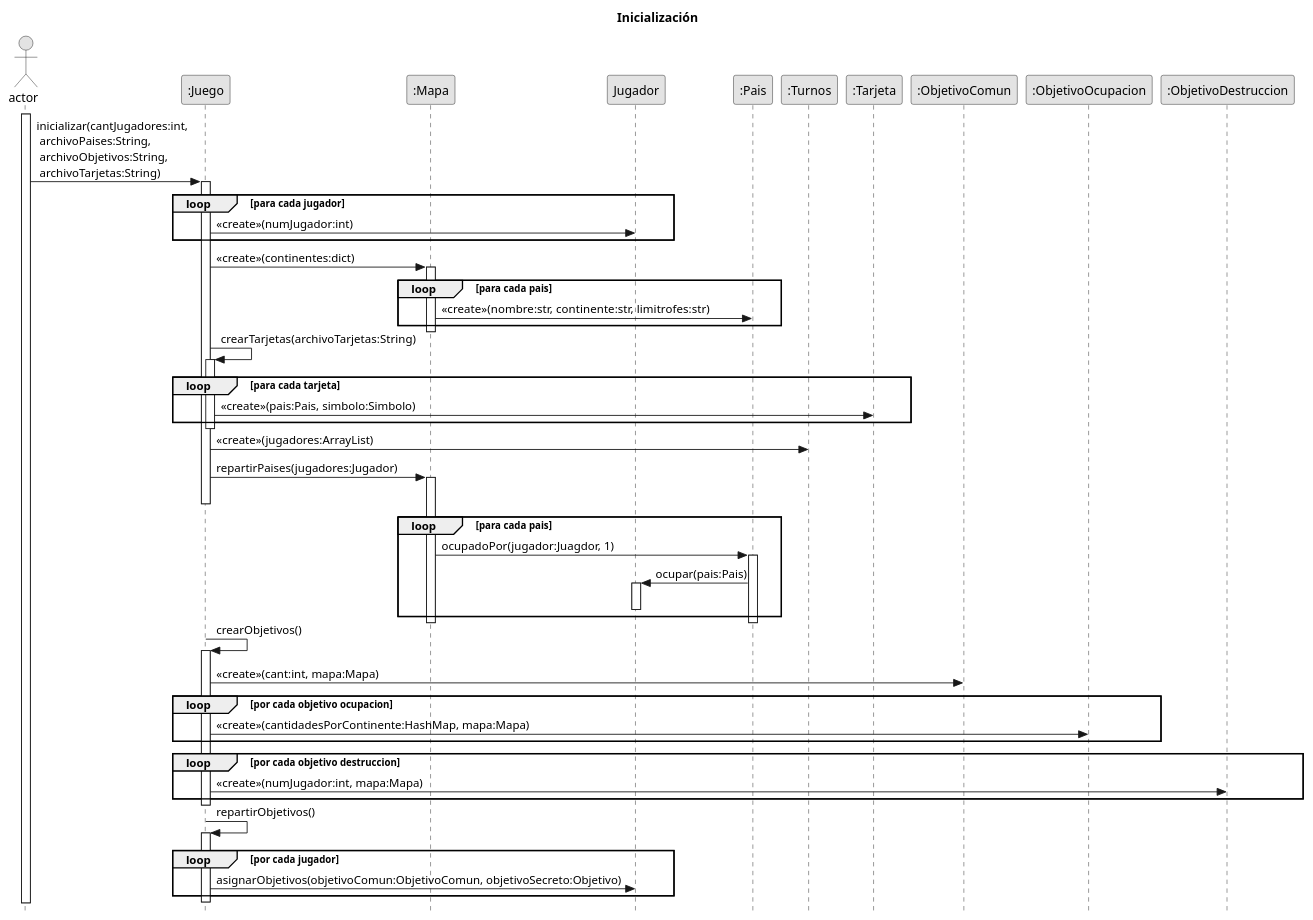
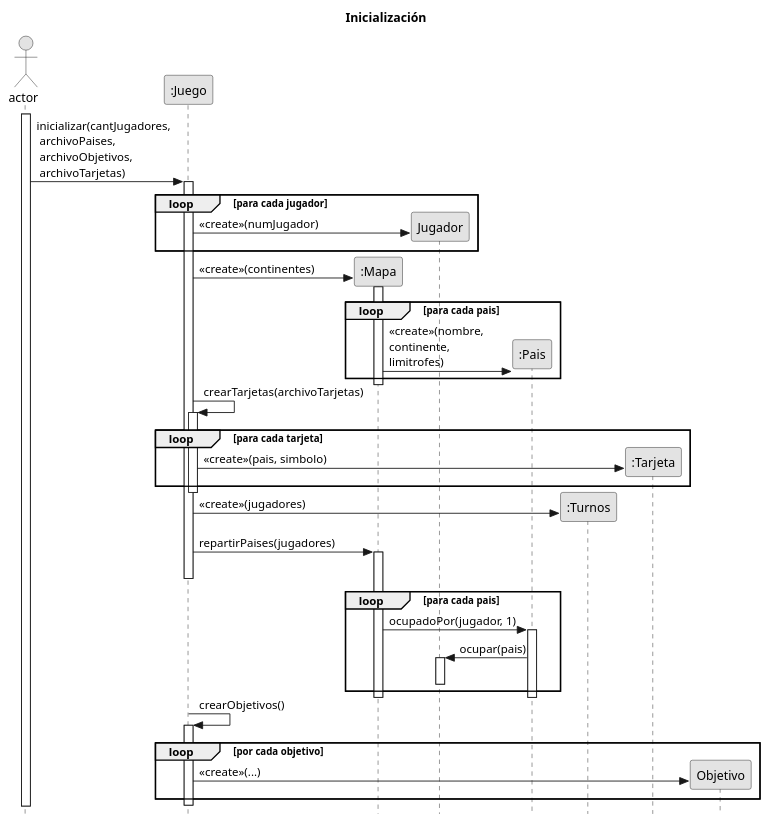
Before and after one commit to Gabrielsem/A.L.T.E.G.O.: the diagram in UML/secuencia/inicializacion.plantuml, drawn with PlantUML.

Commit message:
retoques UML inicializacion

```diff
--- a/UML/secuencia/inicializacion.plantuml
+++ b/UML/secuencia/inicializacion.plantuml
@@ -1,87 +1,77 @@
 @startuml
 /'title Inicialización
 skinparam responseMessageBelowArrow true
 skinparam monochrome true
 skinparam style strictuml
 hide footbox
 
 Actor actor
 participant juego as ":Juego"
 participant jug as "Jugador"
 participant pais as ":Pais"
 
 actor ++
 actor -> juego ++: agregarPaises(paises)
 
 actor -> juego: inicializar()
 
 loop para cada pais
     juego -> jug: ocupar(pais)
     juego -> pais: ocupadoPor(jugador, 1)
 end loop
 '/
 
 title Inicialización
 skinparam responseMessageBelowArrow true
 skinparam monochrome true
 skinparam style strictuml
 hide footbox
 
 Actor actor
 participant juego as ":Juego"
 participant mapa as ":Mapa"
 participant jug as "Jugador"
 participant pais as ":Pais"
 participant turnos as ":Turnos"
 participant tarjeta as ":Tarjeta"
 actor ++
-actor -> juego++: inicializar(cantJugadores:int, \n archivoPaises:String,\n archivoObjetivos:String, \n archivoTarjetas:String)
+actor -> juego++: inicializar(cantJugadores, \n archivoPaises,\n archivoObjetivos, \n archivoTarjetas)
 
 loop para cada jugador
-    juego -> jug: <<create>>(numJugador:int)
+    juego -> jug**: <<create>>(numJugador)
 end loop
 
-juego -> mapa++: <<create>>(continentes:dict)
+juego -> mapa**: <<create>>(continentes)
+activate mapa
 
 loop para cada pais
-    mapa -> pais: <<create>>(nombre:str, continente:str, limitrofes:str)
+    mapa -> pais**: <<create>>(nombre, \ncontinente, \nlimitrofes)
 end loop
 mapa--
 
-juego -> juego++: crearTarjetas(archivoTarjetas:String)
+juego -> juego++: crearTarjetas(archivoTarjetas)
 loop para cada tarjeta
-juego -> tarjeta: <<create>>(pais:Pais, simbolo:Simbolo)
+juego -> tarjeta**: <<create>>(pais, simbolo)
 end loop
 juego--
 
-juego -> turnos: <<create>>(jugadores:ArrayList)
+juego -> turnos**: <<create>>(jugadores)
 
-
-juego -> mapa++: repartirPaises(jugadores:Jugador)
+juego -> mapa++: repartirPaises(jugadores)
 juego--
 
 loop para cada pais
-    mapa -> pais++: ocupadoPor(jugador:Juagdor, 1)
-    pais -> jug++: ocupar(pais:Pais)
+    mapa -> pais++: ocupadoPor(jugador, 1)
+    pais -> jug++: ocupar(pais)
     jug--
 end loop
 mapa--
 pais--
 
 juego -> juego++: crearObjetivos()
-juego -> ":ObjetivoComun": <<create>>(cant:int, mapa:Mapa)
-loop por cada objetivo ocupacion
-juego -> ":ObjetivoOcupacion": <<create>>(cantidadesPorContinente:HashMap, mapa:Mapa)
-end loop
-loop por cada objetivo destruccion
-juego -> ":ObjetivoDestruccion": <<create>>(numJugador:int, mapa:Mapa)
-end loop
-juego--
-
-juego -> juego++: repartirObjetivos()
-loop por cada jugador
-juego -> jug: asignarObjetivos(objetivoComun:ObjetivoComun, objetivoSecreto:Objetivo)
+loop por cada objetivo
+juego -> Objetivo**: <<create>>(...)
 end loop
 juego--
 
 @enduml
```
